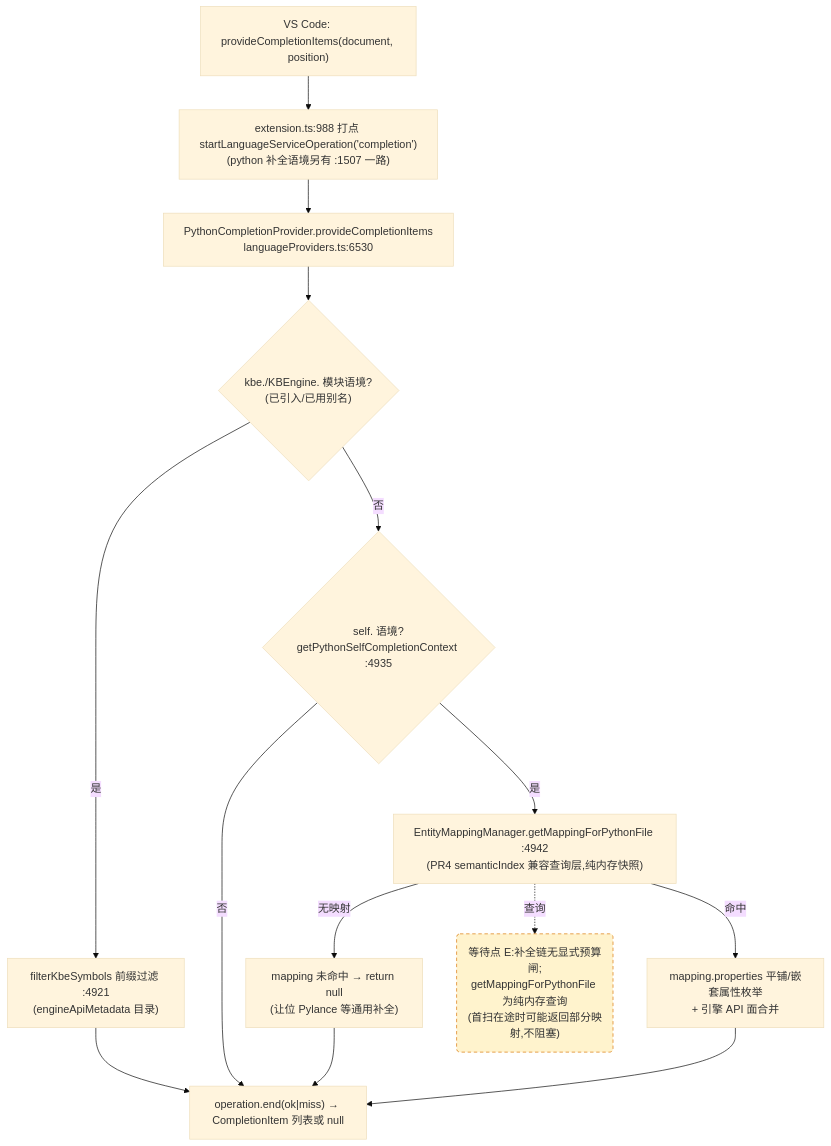
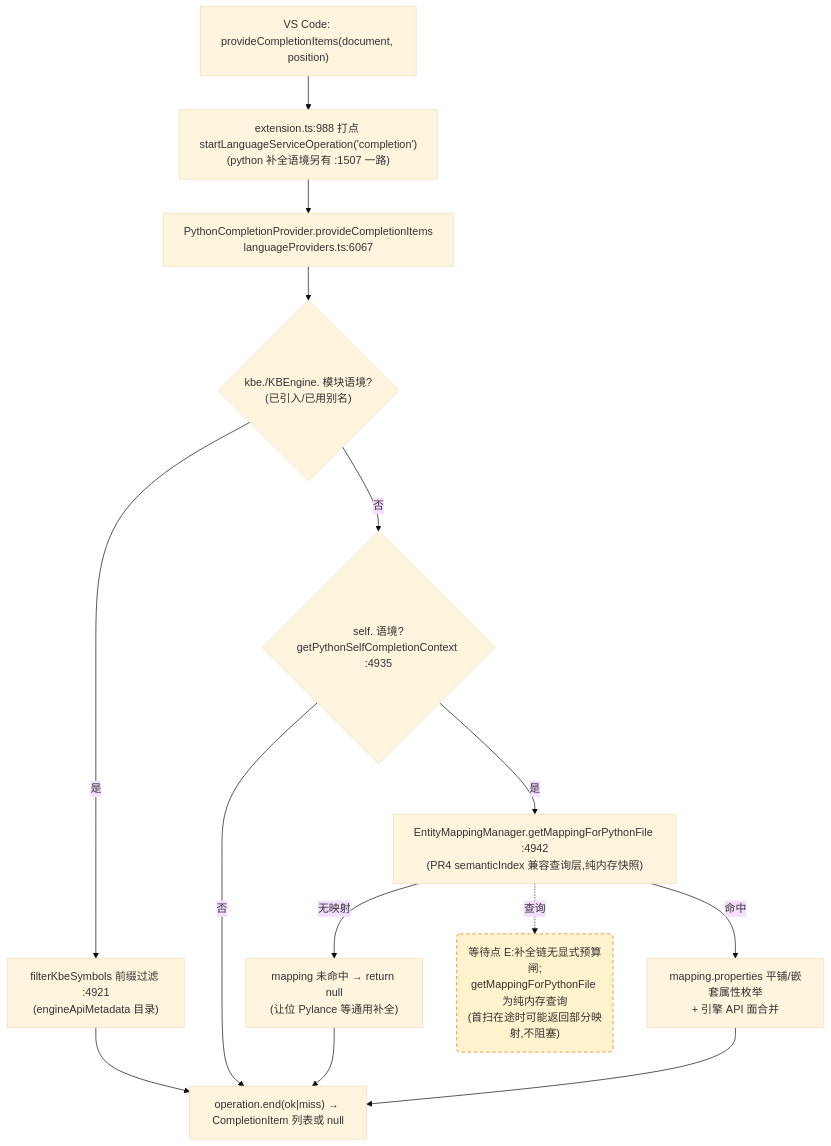
The third of 4 diagrams in docs/perf/2026-baseline.md (cuihairu/kode), drawn with Mermaid (base theme) before and after one commit. The commit also changed other lines of this file and 3 other files, not shown here.

First line of the commit message:
refactor(arch): KODE-ARCH-001 step 2 — extract languageProviders/validation (pure move)

````diff
--- a/docs/perf/2026-baseline.md
+++ b/docs/perf/2026-baseline.md
@@ -184,27 +184,27 @@
 ```mermaid
 flowchart TD
   VC3["VS Code: provideCompletionItems(document, position)"]
   M3["extension.ts:988 打点 startLanguageServiceOperation('completion')<br/>(python 补全语境另有 :1507 一路)"]
-  CP["PythonCompletionProvider.provideCompletionItems<br/>languageProviders.ts:6530"]
+  CP["PythonCompletionProvider.provideCompletionItems<br/>languageProviders.ts:6067"]
   KBEC{"kbe./KBEngine. 模块语境?<br/>(已引入/已用别名)"}
   FILTER["filterKbeSymbols 前缀过滤 :4921<br/>(engineApiMetadata 目录)"]
   SELFC{"self. 语境?<br/>getPythonSelfCompletionContext :4935"}
   MAP["EntityMappingManager.getMappingForPythonFile :4942<br/>(PR4 semanticIndex 兼容查询层,纯内存快照)"]
   NOMAP["mapping 未命中 → return null<br/>(让位 Pylance 等通用补全)"]
   PROPS["mapping.properties 平铺/嵌套属性枚举<br/>+ 引擎 API 面合并"]
   END3["operation.end(ok|miss) → CompletionItem 列表或 null"]
 
   VC3 --> M3 --> CP --> KBEC
   KBEC -- "是" --> FILTER --> END3
   KBEC -- "否" --> SELFC
   SELFC -- "否" --> END3
   SELFC -- "是" --> MAP
   MAP -- "无映射" --> NOMAP --> END3
   MAP -- "命中" --> PROPS --> END3
 
   WAITE("等待点 E:补全链无显式预算闸;<br/>getMappingForPythonFile 为纯内存查询<br/>(首扫在途时可能返回部分映射,不阻塞)")
   MAP -.->|查询| WAITE
 
   classDef waitPoint fill:#fff3cd,stroke:#d97706,stroke-dasharray:5 4;
   class WAITE waitPoint;
 ```
````
